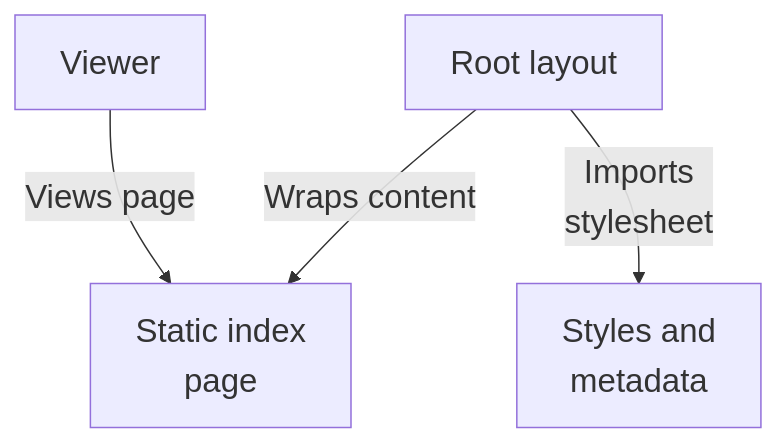
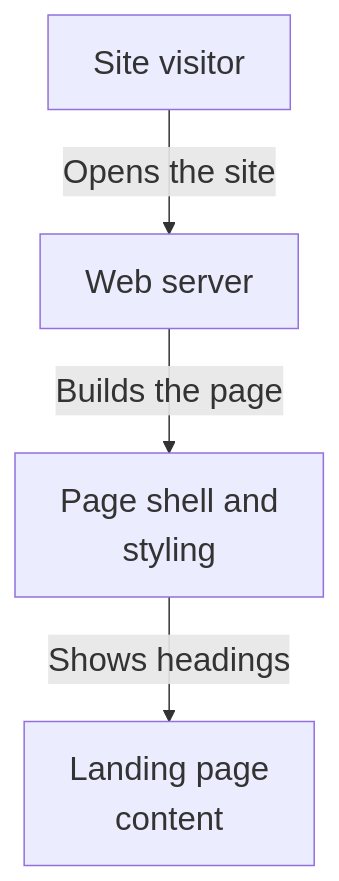
One commit to Justin-Mendoza/Afterclass changed the first of 2 diagrams in maps/frontend/README.md. Above: the diagram before and after it, drawn with Mermaid. The commit also changed other lines of this file and 91 other files, not shown here.

````diff
--- a/maps/frontend/README.md
+++ b/maps/frontend/README.md
@@ -60,11 +23,11 @@
 ```mermaid
 %%{init: {"themeVariables": {"fontSize": "22px"}}}%%
 flowchart TD
-  n0["Viewer"]
-  n1["Root layout"]
-  n2["Static index<br/>page"]
-  n3["Styles and<br/>metadata"]
-  n1 -->|"Imports<br/>stylesheet"| n3
-  n1 -->|"Wraps content"| n2
-  n0 -->|"Views page"| n2
+  n0["Site visitor"]
+  n1["Web server"]
+  n2["Page shell and<br/>styling"]
+  n3["Landing page<br/>content"]
+  n0 -->|"Opens the site"| n1
+  n1 -->|"Builds the page"| n2
+  n2 -->|"Shows headings"| n3
 ```
````
